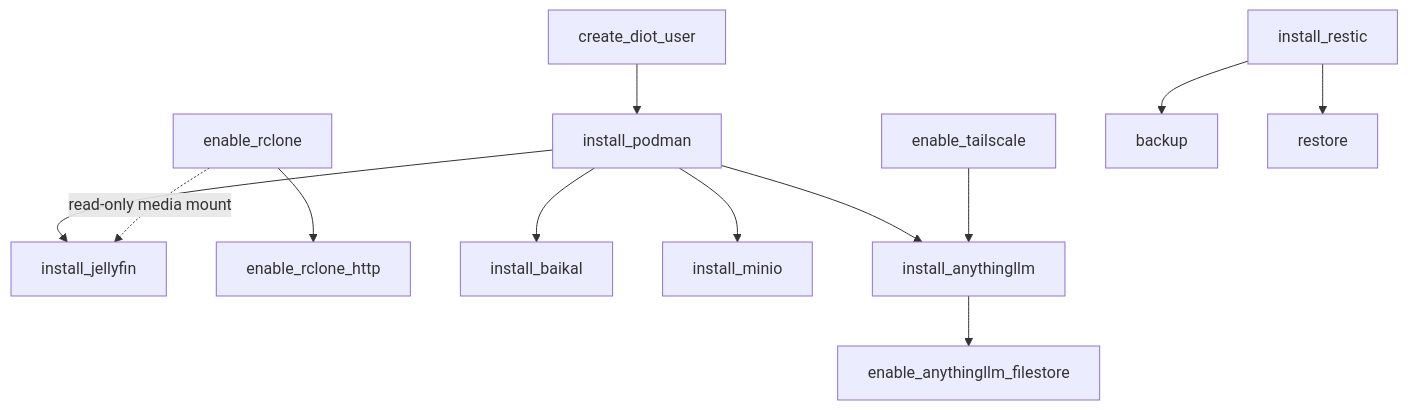
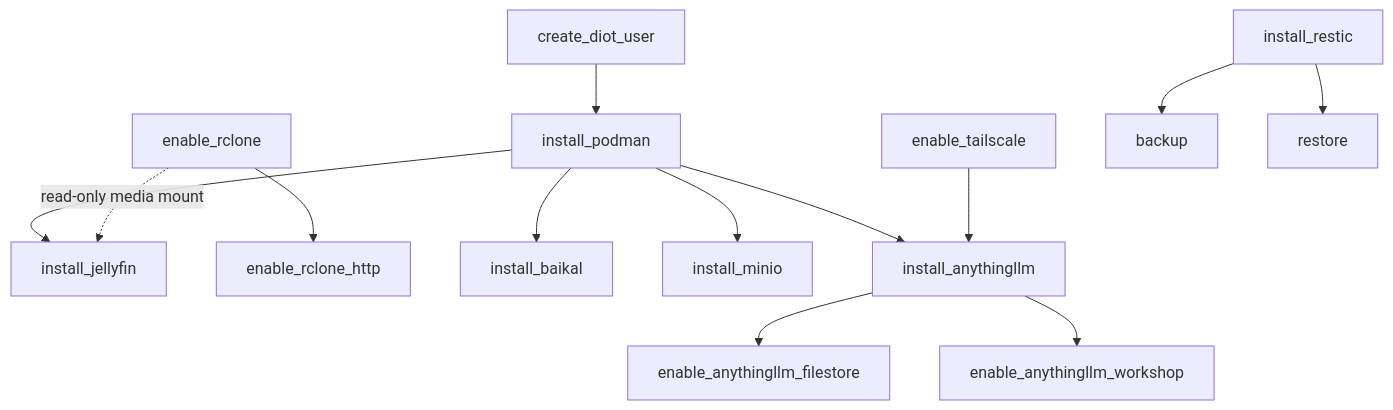
One commit to BinaryBand/strata changed the diagram in README.md. Above: the diagram before and after it, drawn with Mermaid. The commit also changed other lines of this file and 13 other files, not shown here.

First line of the commit message:
feat(services): add enable_anythingllm_workshop runbook

````diff
--- a/README.md
+++ b/README.md
@@ -96,14 +96,15 @@
 ```mermaid
 flowchart TD
     diot[create_diot_user] --> podman[install_podman]
     podman --> jellyfin[install_jellyfin]
     rclone[enable_rclone] -. read-only media mount .-> jellyfin
     rclone --> rclone_http[enable_rclone_http]
     podman --> baikal[install_baikal]
     podman --> minio[install_minio]
     podman --> anythingllm[install_anythingllm]
     tailscale[enable_tailscale] --> anythingllm
     anythingllm --> anythingllm_filestore[enable_anythingllm_filestore]
+    anythingllm --> anythingllm_workshop[enable_anythingllm_workshop]
     restic[install_restic] --> backup[backup]
     restic --> restore[restore]
 ```
````
